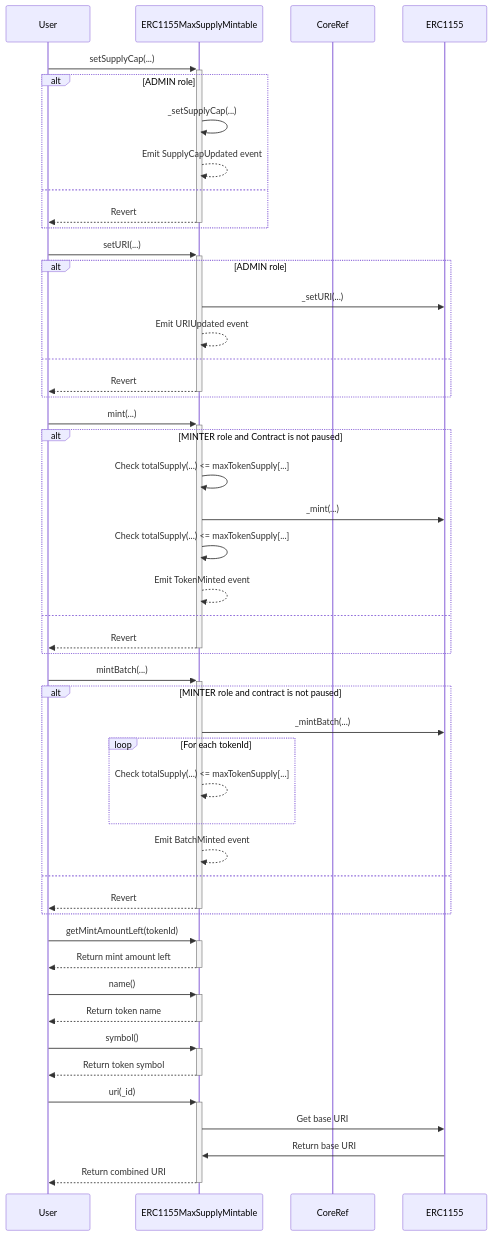
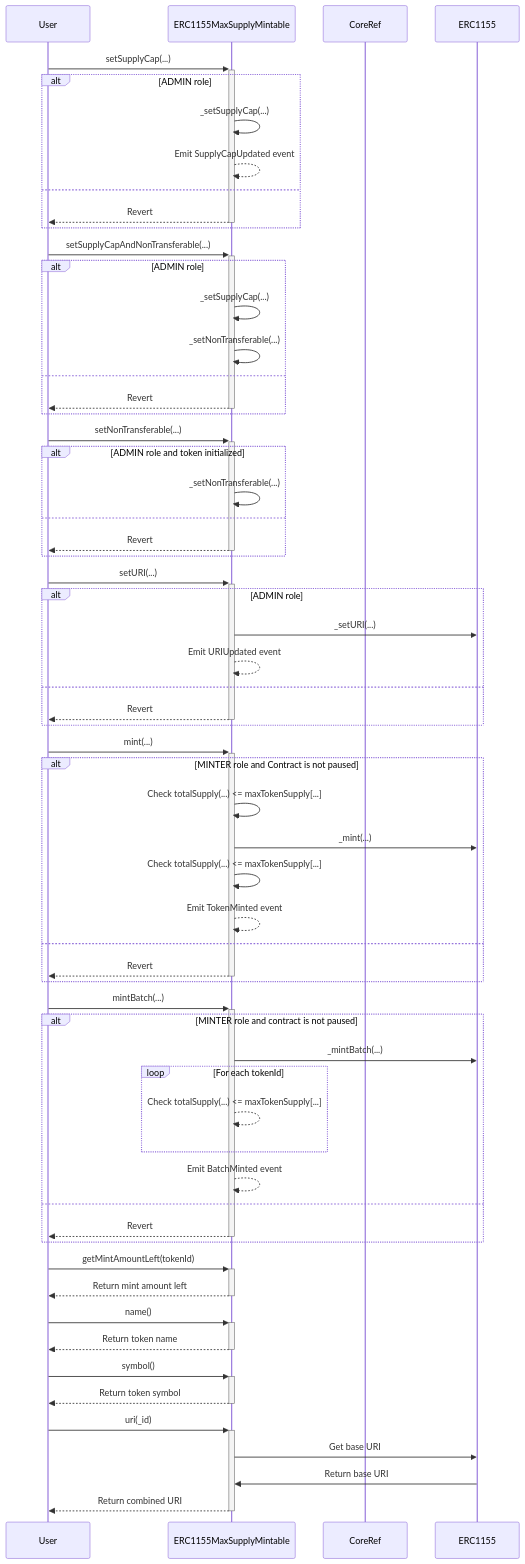
One commit to ZTX-Foundation/tuxedo changed the second of 2 diagrams in doc/contracts/nfts/ERC1155MaxSupplyMintable.md. Above: the diagram before and after it, drawn with Mermaid. The commit also changed other lines of this file, not shown here.

````diff
--- a/doc/contracts/nfts/ERC1155MaxSupplyMintable.md
+++ b/doc/contracts/nfts/ERC1155MaxSupplyMintable.md
@@ -22,58 +21,73 @@
 ```mermaid
 sequenceDiagram
     participant User as User
     participant ERC1155MaxSupplyMintable
     participant Core as CoreRef
     participant ERC1155
 
     User->>+ERC1155MaxSupplyMintable: setSupplyCap(...)
     alt ADMIN role
         ERC1155MaxSupplyMintable->>ERC1155MaxSupplyMintable: _setSupplyCap(...)
         ERC1155MaxSupplyMintable-->>ERC1155MaxSupplyMintable: Emit SupplyCapUpdated event
+    else
+        ERC1155MaxSupplyMintable-->>-User: Revert
+    end
+
+    User->>+ERC1155MaxSupplyMintable: setSupplyCapAndNonTransferable(...)
+    alt ADMIN role
+        ERC1155MaxSupplyMintable->>ERC1155MaxSupplyMintable: _setSupplyCap(...)
+        ERC1155MaxSupplyMintable->>ERC1155MaxSupplyMintable: _setNonTransferable(...)
+    else
+        ERC1155MaxSupplyMintable-->>-User: Revert
+    end
+
+    User->>+ERC1155MaxSupplyMintable: setNonTransferable(...)
+    alt ADMIN role and token initialized
+        ERC1155MaxSupplyMintable->>ERC1155MaxSupplyMintable: _setNonTransferable(...)
     else
         ERC1155MaxSupplyMintable-->>-User: Revert
     end
 
     User->>+ERC1155MaxSupplyMintable: setURI(...)
     alt ADMIN role
         ERC1155MaxSupplyMintable->>ERC1155: _setURI(...)
         ERC1155MaxSupplyMintable-->>ERC1155MaxSupplyMintable: Emit URIUpdated event
     else
         ERC1155MaxSupplyMintable-->>-User: Revert
     end
 
     User->>+ERC1155MaxSupplyMintable: mint(...)
     alt MINTER role and Contract is not paused
         ERC1155MaxSupplyMintable->>ERC1155MaxSupplyMintable: Check totalSupply(...) <= maxTokenSupply[...]
         ERC1155MaxSupplyMintable->>ERC1155: _mint(...)
         ERC1155MaxSupplyMintable->>ERC1155MaxSupplyMintable: Check totalSupply(...) <= maxTokenSupply[...]
         ERC1155MaxSupplyMintable-->>ERC1155MaxSupplyMintable: Emit TokenMinted event
     else
         ERC1155MaxSupplyMintable-->>-User: Revert
     end
 
     User->>+ERC1155MaxSupplyMintable: mintBatch(...)
     alt MINTER role and contract is not paused
         ERC1155MaxSupplyMintable->>ERC1155: _mintBatch(...)
         loop For each tokenId
             ERC1155MaxSupplyMintable-->>ERC1155MaxSupplyMintable: Check totalSupply(...) <= maxTokenSupply[...]
         end
         ERC1155MaxSupplyMintable-->>ERC1155MaxSupplyMintable: Emit BatchMinted event
     else
         ERC1155MaxSupplyMintable-->>-User: Revert
     end
 
     User->>+ERC1155MaxSupplyMintable: getMintAmountLeft(tokenId)
     ERC1155MaxSupplyMintable-->>-User: Return mint amount left
 
     User->>+ERC1155MaxSupplyMintable: name()
     ERC1155MaxSupplyMintable-->>-User: Return token name
 
     User->>+ERC1155MaxSupplyMintable: symbol()
     ERC1155MaxSupplyMintable-->>-User: Return token symbol
 
     User->>+ERC1155MaxSupplyMintable: uri(_id)
     ERC1155MaxSupplyMintable->>ERC1155: Get base URI
     ERC1155->>ERC1155MaxSupplyMintable: Return base URI
     ERC1155MaxSupplyMintable-->>-User: Return combined URI
 ```
````
